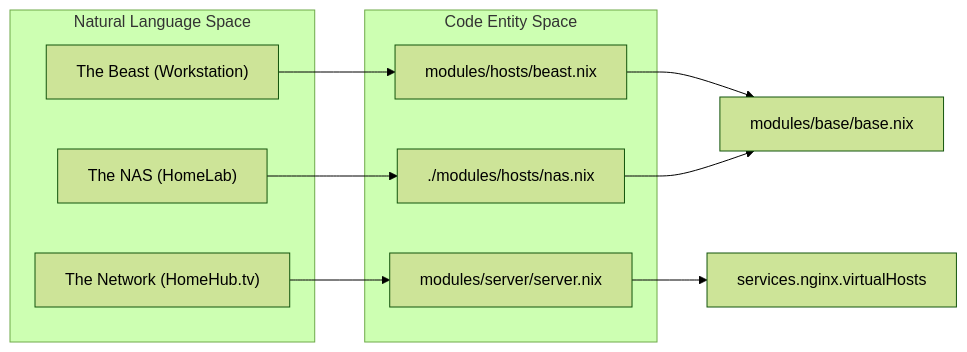
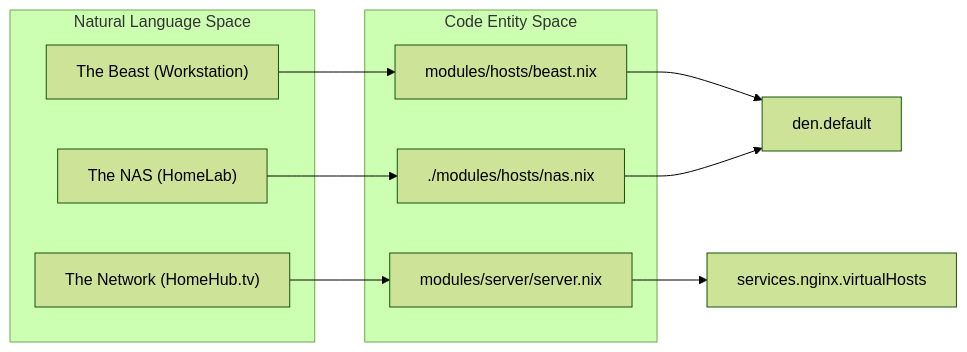
Before and after one commit to Cody-W-Tucker/nix-config: the first of 2 diagrams in docs/Glossary.md, drawn with Mermaid (forest theme). The commit also changed other lines of this file and 39 other files, not shown here.

````diff
--- a/docs/Glossary.md
+++ b/docs/Glossary.md
@@ -17,21 +17,21 @@
 ```mermaid
 flowchart LR
-    B_Base["modules/base/base.nix"]
+    B_Base["den.default"]
     Nginx["services.nginx.virtualHosts"]
     subgraph subGraph1 ["Code Entity Space"]
         A_Code["modules/hosts/beast.nix"]
         B_Code["./modules/hosts/nas.nix"]
         C_Code["modules/server/server.nix"]
     end
     subgraph subGraph0 ["Natural Language Space"]
         A["The Beast (Workstation)"]
         B["The NAS (HomeLab)"]
         C["The Network (HomeHub.tv)"]
     end
     A --> A_Code
     B --> B_Code
     C --> C_Code
     A_Code --> B_Base
     B_Code --> B_Base
     C_Code --> Nginx
 ```
````
